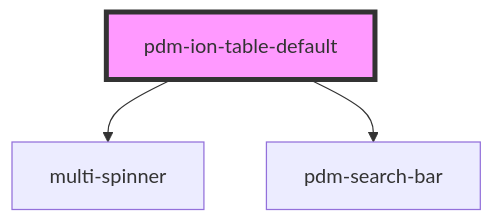
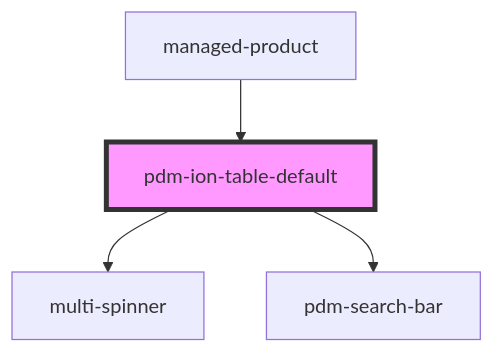
The diagram in pdm-web-components/src/components/pdm-ion-table-default/readme.md (PharmaLedger-IMI/fgt-workspace), drawn with Mermaid before and after one commit. The commit also changed other lines of this file and 4 other files, not shown here.

````diff
--- a/pdm-web-components/src/components/pdm-ion-table-default/readme.md
+++ b/pdm-web-components/src/components/pdm-ion-table-default/readme.md
@@ -59,6 +63,7 @@
 ```mermaid
 graph TD;
   pdm-ion-table-default --> multi-spinner
   pdm-ion-table-default --> pdm-search-bar
+  managed-product --> pdm-ion-table-default
   style pdm-ion-table-default fill:#f9f,stroke:#333,stroke-width:4px
 ```
````
